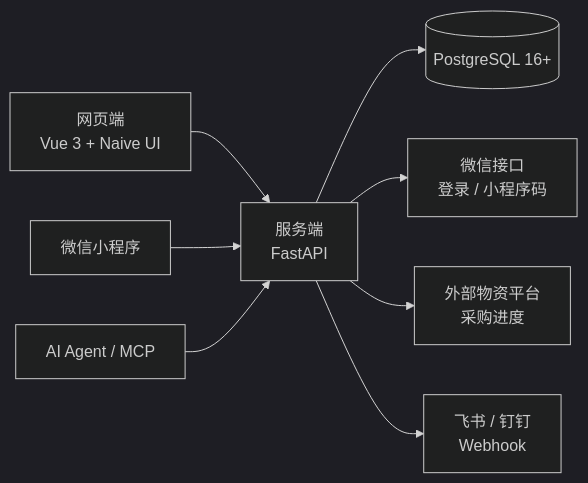
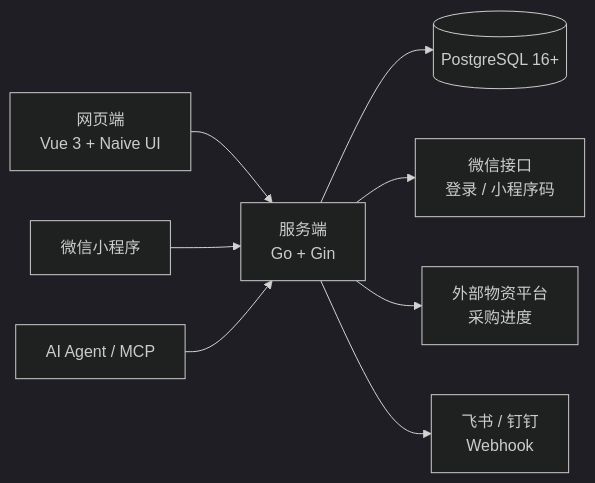
Before and after one commit to Sakana-1314/Electrical-Manager: the first of 9 diagrams in docs/websites/pages/dev-architecture.md, drawn with Mermaid (dark theme). The commit also changed other lines of this file and 329 other files, not shown here.

````diff
--- a/docs/websites/pages/dev-architecture.md
+++ b/docs/websites/pages/dev-architecture.md
@@ -5,10 +5,10 @@
 ```mermaid
 flowchart LR
-    Web["网页端<br/>Vue 3 + Naive UI"] --> API["服务端<br/>FastAPI"]
+    Web["网页端<br/>Vue 3 + Naive UI"] --> API["服务端<br/>Go + Gin"]
     MP["微信小程序"] --> API
     Agent["AI Agent / MCP"] --> API
     API --> DB[("PostgreSQL 16+")]
     API --> WeChat["微信接口<br/>登录 / 小程序码"]
     API --> Ext["外部物资平台<br/>采购进度"]
     API --> Hook["飞书 / 钉钉<br/>Webhook"]
 ```
````
